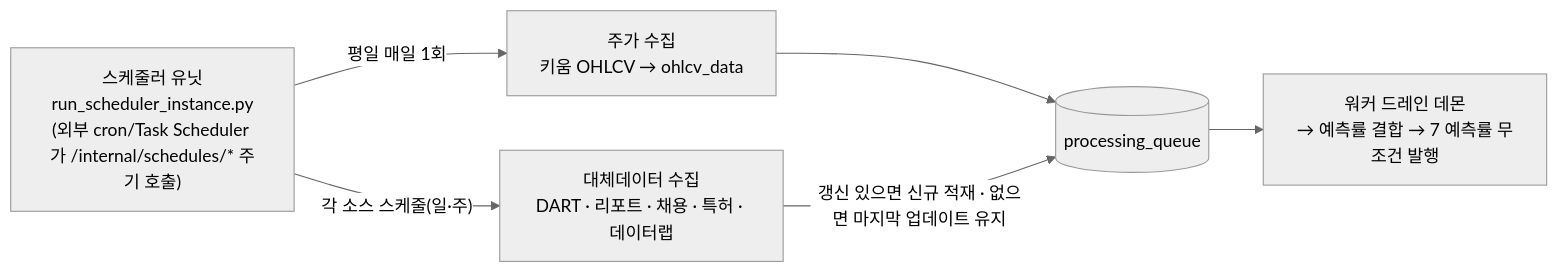
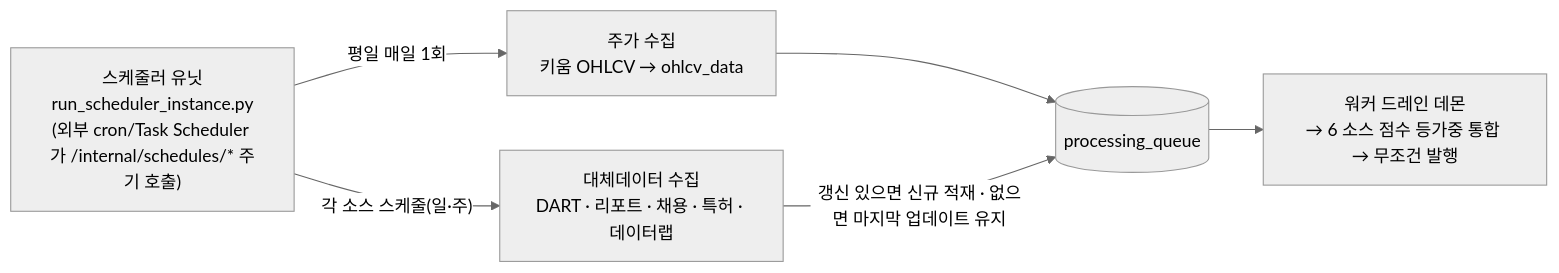
One commit to AIX14-3/signal-alpha changed the second of 3 diagrams in docs/spec/worker-pipeline-detailed.md. Above: the diagram before and after it, drawn with Mermaid (neutral theme). The commit also changed other lines of this file, not shown here.

````diff
--- a/docs/spec/worker-pipeline-detailed.md
+++ b/docs/spec/worker-pipeline-detailed.md
@@ -65,9 +72,9 @@
 ```mermaid
 flowchart LR
   cron["스케줄러 유닛<br/>run_scheduler_instance.py<br/>(외부 cron/Task Scheduler 가 /internal/schedules/* 주기 호출)"]
   cron -- "평일 매일 1회" --> pc["주가 수집<br/>키움 OHLCV → ohlcv_data"]
   cron -- "각 소스 스케줄(일·주)" --> ac["대체데이터 수집<br/>DART · 리포트 · 채용 · 특허 · 데이터랩"]
   pc --> Q2[("processing_queue")]
   ac -- "갱신 있으면 신규 적재 · 없으면 마지막 업데이트 유지" --> Q2
-  Q2 --> drain["워커 드레인 데몬<br/>→ 예측률 결합 → 7 예측률 무조건 발행"]
+  Q2 --> drain["워커 드레인 데몬<br/>→ 6 소스 점수 등가중 통합 → 무조건 발행"]
 ```
````
